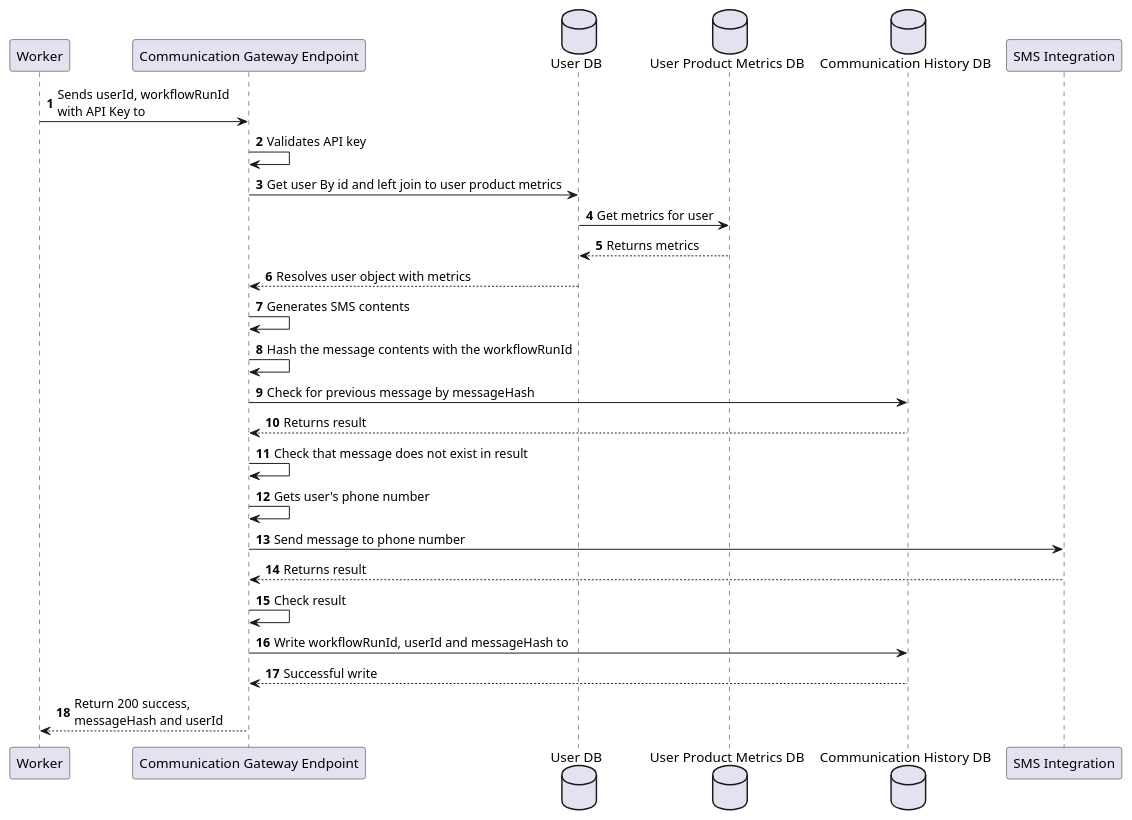
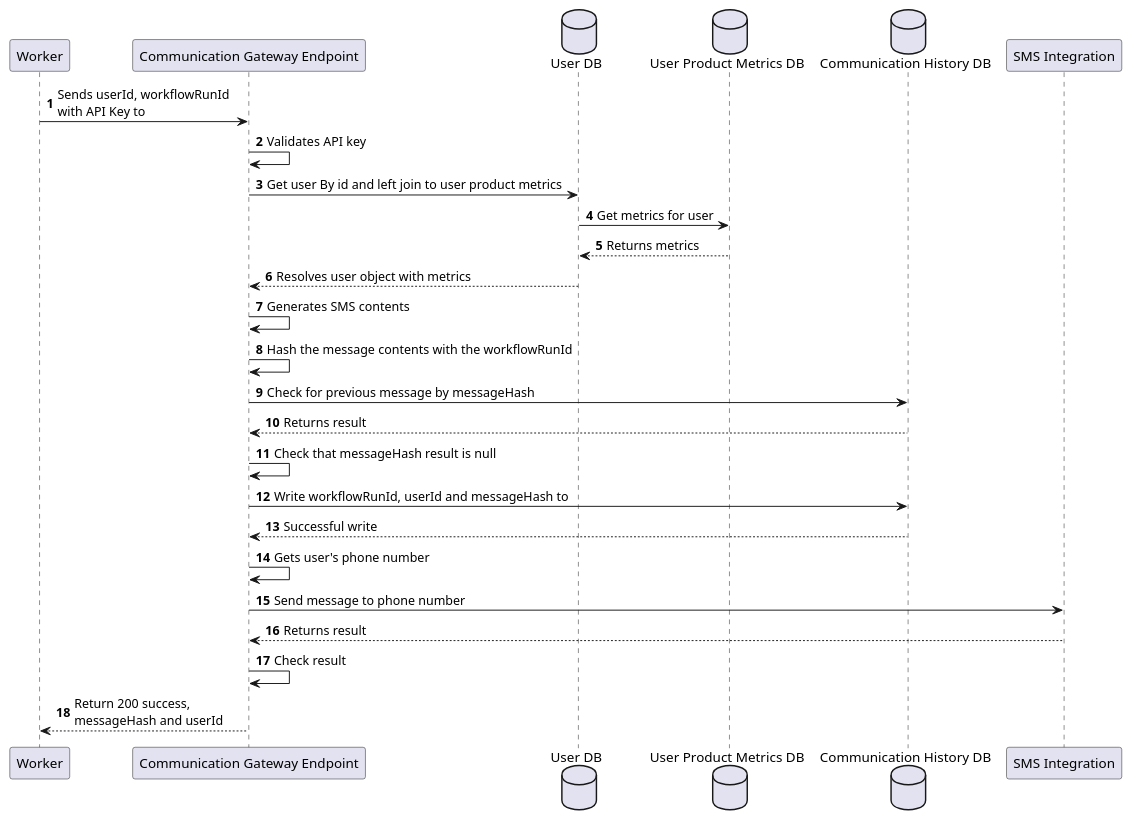
The diagram in Designs/Sequence Diagrams/InvokeGateway.puml (CameronWard301/communication_scheduler), drawn with PlantUML before and after one commit. The commit also changed 40 other files, not shown here.

Commit message:
Updated diagrams and images

```diff
--- a/Designs/Sequence Diagrams/InvokeGateway.puml
+++ b/Designs/Sequence Diagrams/InvokeGateway.puml
@@ -1,36 +1,36 @@
 @startuml Create New Workflow
 
 participant "Worker" as worker
 participant "Communication Gateway Endpoint" as gateway
 database "User DB" as userDB
 database "User Product Metrics DB" as metricsDB
 database "Communication History DB" as historyDB
 participant "SMS Integration" as sms
 
 autonumber
 
 worker -> gateway: Sends userId, workflowRunId \nwith API Key to
 gateway -> gateway: Validates API key
 gateway -> userDB: Get user By id and left join to user product metrics
 userDB -> metricsDB: Get metrics for user
 metricsDB --> userDB: Returns metrics
 userDB --> gateway: Resolves user object with metrics
 
 gateway -> gateway: Generates SMS contents
 gateway -> gateway: Hash the message contents with the workflowRunId
 
 gateway -> historyDB: Check for previous message by messageHash
 
 historyDB --> gateway: Returns result
-gateway -> gateway: Check that message does not exist in result
+gateway -> gateway: Check that messageHash result is null
+gateway -> historyDB: Write workflowRunId, userId and messageHash to
+historyDB --> gateway: Successful write
 
 gateway -> gateway: Gets user's phone number
 gateway -> sms: Send message to phone number
 sms --> gateway: Returns result
 gateway -> gateway: Check result
-gateway -> historyDB: Write workflowRunId, userId and messageHash to
-historyDB --> gateway: Successful write
 gateway --> worker: Return 200 success,\nmessageHash and userId
 
 
 @enduml
```
